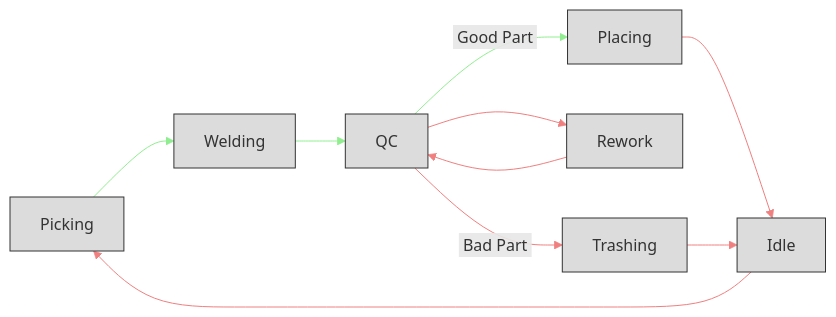
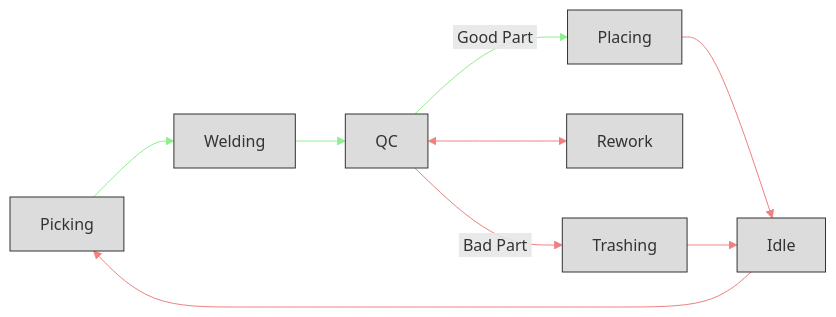
The first of 2 diagrams in README.md (claret-srl/ROMANTIG), drawn with Mermaid before and after one commit. The commit also changed other lines of this file, not shown here.

````diff
--- a/README.md
+++ b/README.md
@@ -165,15 +167,15 @@
 ```mermaid
 flowchart LR
     Picking --> Welding --> QC
     QC -- &nbspGood Part&nbsp--> Placing
-    QC --> Rework --> QC
+    QC <--> Rework
     QC -- &nbspBad Part&nbsp--> Trashing
     Placing & Trashing --> Idle --> Picking
 
 classDef Gainsboro fill:Gainsboro,stroke:#333,color:#333
 
 class Picking,Placing,QC,Welding,upTime,Idle,Trashing,Rework,QC_Rework Gainsboro
 
 linkStyle 0,1,2 stroke:lightgreen,border-color:lightgreen;
-linkStyle 3,4,5,6,7,8 stroke:LightCoral;
+linkStyle 3,4,5,6,7 stroke:LightCoral;
 ```
````
